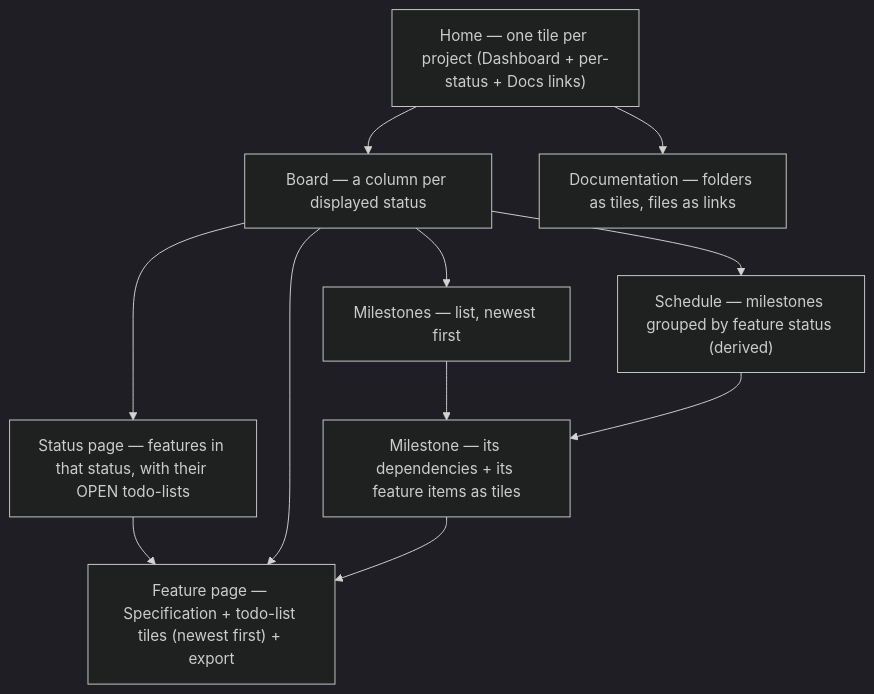
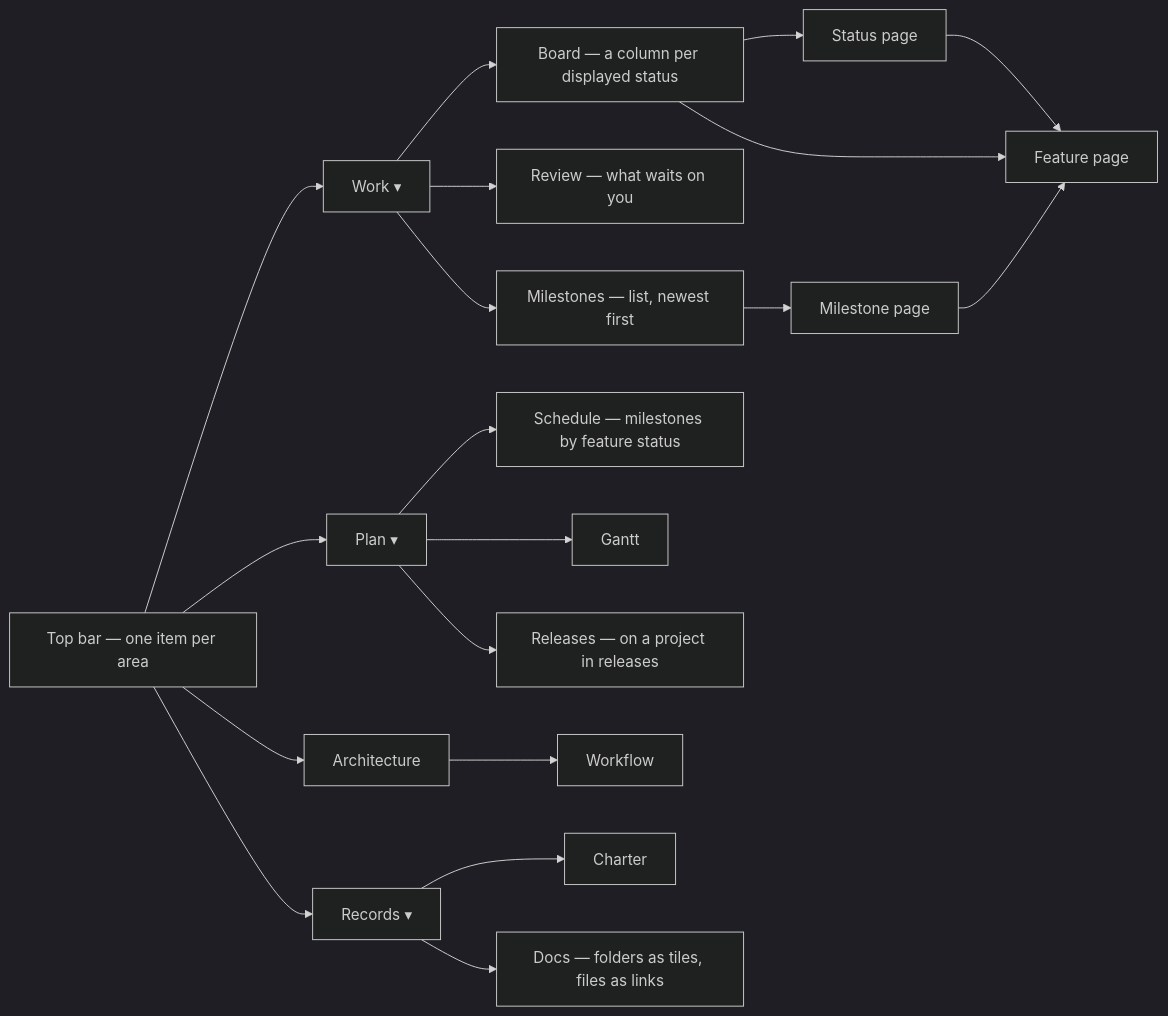
One commit to startr-trade/kanbanr changed the diagram in docs/guide/using/the-monitor.md. Above: the diagram before and after it, drawn with Mermaid (dark theme). The commit also changed other lines of this file and 2 other files, not shown here.

Commit message:
docs: the monitor's navigation by area, with its diagram redrawn as areas to pages and the phone menu; changelog Changed line, mirrored (FTR-047)
Refs: kanbanr:FTR-047/TL-001/T4
Agent-Scope: SC-260 (build, by the agent for FTR-047)

````diff
--- a/docs/guide/using/the-monitor.md
+++ b/docs/guide/using/the-monitor.md
@@ -222,16 +230,36 @@
 ```mermaid
-flowchart TD
-  Home["Home — one tile per project (Dashboard + per-status + Docs links)"]
+flowchart LR
+  Bar["Top bar — one item per area"]
+  Work["Work ▾"]
+  Plan["Plan ▾"]
+  Arch["Architecture"]
+  Rec["Records ▾"]
   Board["Board — a column per displayed status"]
-  Status["Status page — features in that status, with their OPEN todo-lists"]
-  Feature["Feature page — Specification + todo-list tiles (newest first) + export"]
+  Review["Review — what waits on you"]
   Ms["Milestones — list, newest first"]
-  MsOne["Milestone — its dependencies + its feature items as tiles"]
-  Sched["Schedule — milestones grouped by feature status (derived)"]
-  Docs["Documentation — folders as tiles, files as links"]
-  Home --> Board --> Status --> Feature
+  Sched["Schedule — milestones by feature status"]
+  Gantt["Gantt"]
+  Rel["Releases — on a project in releases"]
+  Wf["Workflow"]
+  Charter["Charter"]
+  Docs["Docs — folders as tiles, files as links"]
+  Status["Status page"]
+  Feature["Feature page"]
+  MsOne["Milestone page"]
+  Bar --> Work
+  Bar --> Plan
+  Bar --> Arch
+  Bar --> Rec
+  Work --> Board
+  Work --> Review
+  Work --> Ms
+  Plan --> Sched
+  Plan --> Gantt
+  Plan --> Rel
+  Arch --> Wf
+  Rec --> Charter
+  Rec --> Docs
+  Board --> Status --> Feature
   Board --> Feature
-  Board --> Ms --> MsOne --> Feature
-  Board --> Sched --> MsOne
-  Home --> Docs
+  Ms --> MsOne --> Feature
 ```
````
